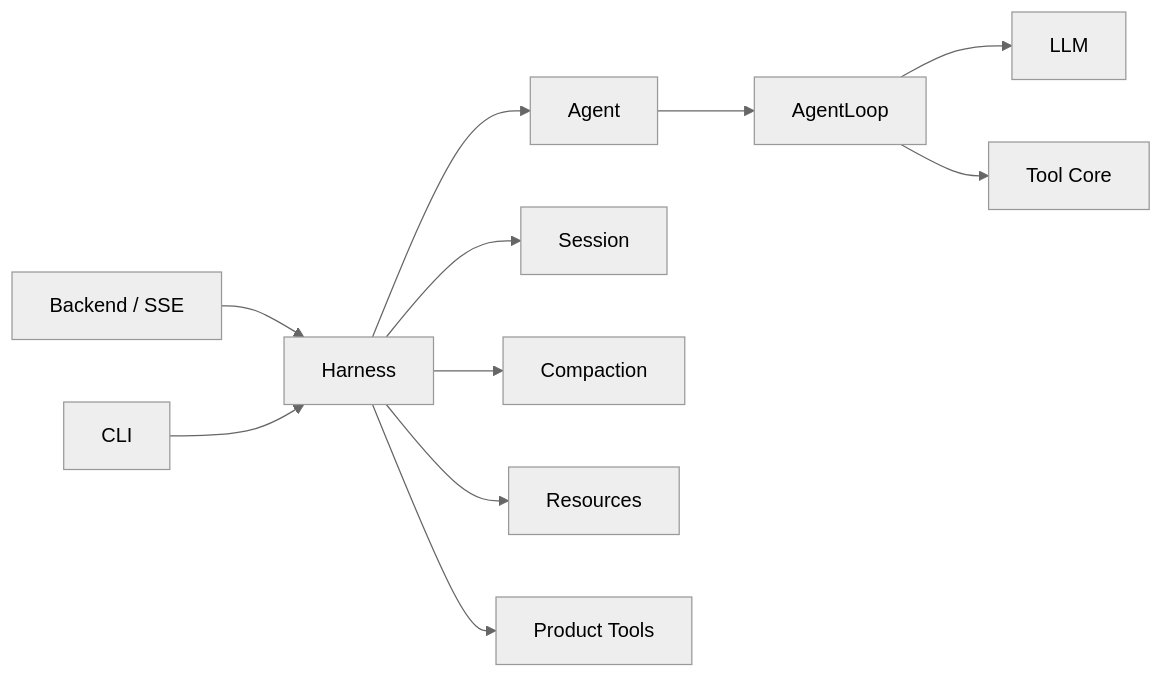
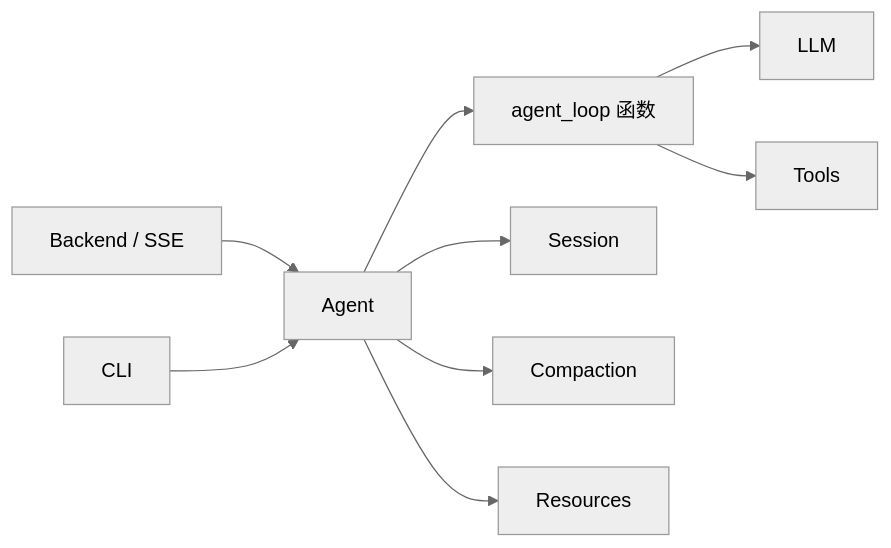
The first of 2 diagrams in docs/项目架构.md (Camelovee/Camel-Harness), drawn with Mermaid (neutral theme) before and after one commit. The commit also changed other lines of this file and 161 other files, not shown here.

Commit message:
refactor: simplify agent and llm architecture

````diff
--- a/docs/项目架构.md
+++ b/docs/项目架构.md
@@ -17,13 +17,11 @@
 ```mermaid
 flowchart LR
-    B[Backend / SSE] --> H[Harness]
-    C[CLI] --> H
-    H --> A[Agent]
-    A --> L[AgentLoop]
+    B[Backend / SSE] --> A[Agent]
+    C[CLI] --> A
+    A --> L[agent_loop 函数]
     L --> M[LLM]
-    L --> T[Tool Core]
-    H --> S[Session]
-    H --> X[Compaction]
-    H --> R[Resources]
-    H --> BT[Product Tools]
+    L --> T[Tools]
+    A --> S[Session]
+    A --> X[Compaction]
+    A --> R[Resources]
 ```
````
